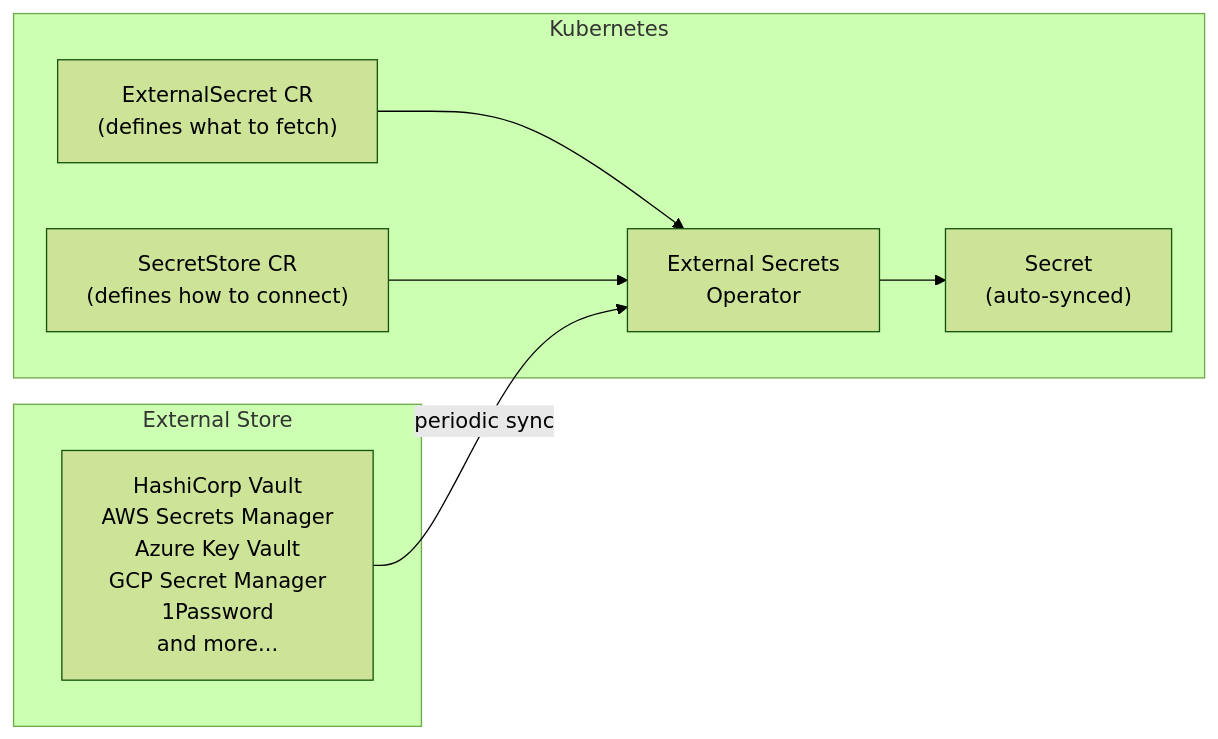
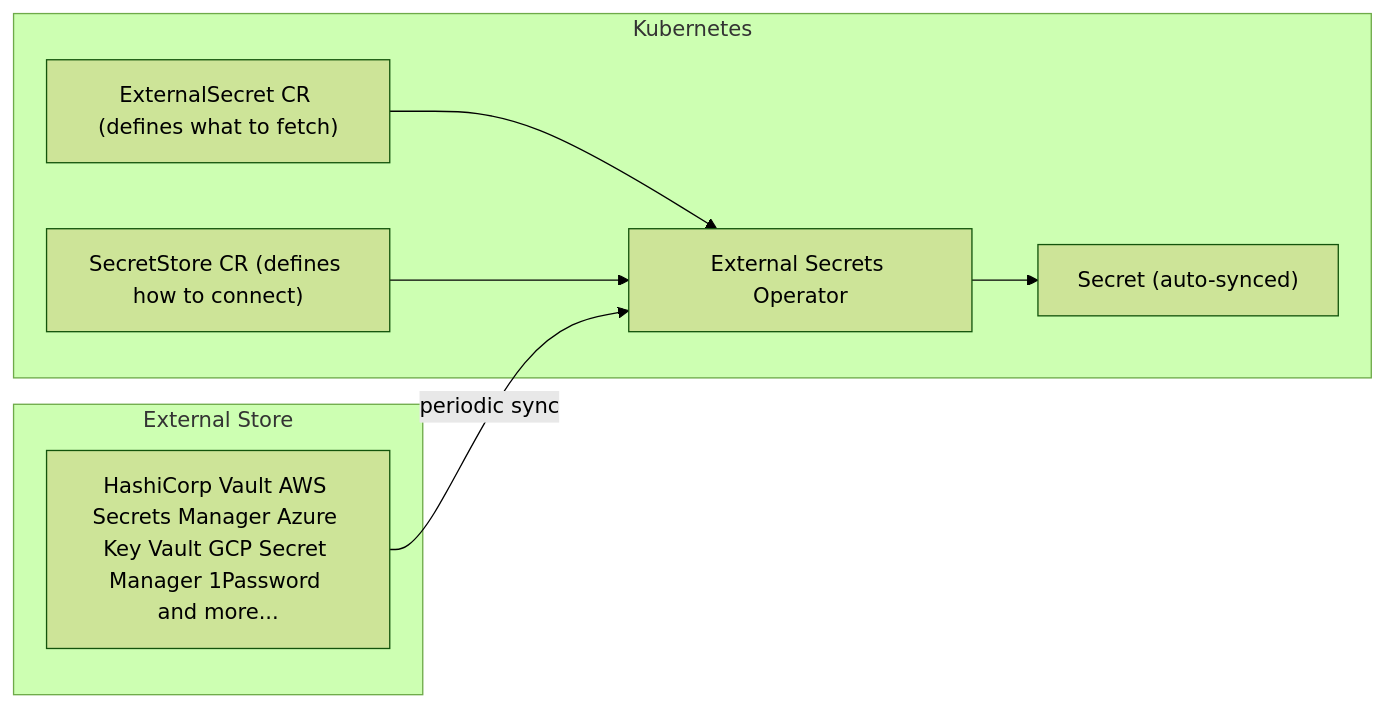
One commit to UncleJS/course_k3s changed the fifth of 6 diagrams in 09_security/04_secrets_management.md. Above: the diagram before and after it, drawn with Mermaid (forest theme). The commit also changed other lines of this file and 57 other files, not shown here.

````diff
--- a/09_security/04_secrets_management.md
+++ b/09_security/04_secrets_management.md
@@ -385,19 +385,19 @@
 ```mermaid
 flowchart LR
     subgraph "External Store"
-        VAULT[HashiCorp Vault\nAWS Secrets Manager\nAzure Key Vault\nGCP Secret Manager\n1Password\nand more...]
+        VAULT[HashiCorp Vault AWS Secrets Manager Azure Key Vault GCP Secret Manager 1Password and more...]
     end
 
     subgraph "Kubernetes"
-        ESO[External Secrets\nOperator]
-        ES["ExternalSecret CR\n(defines what to fetch)"]
-        SS["SecretStore CR\n(defines how to connect)"]
-        SECRET["Secret\n(auto-synced)"]
+        ESO[External Secrets Operator]
+        ES["ExternalSecret CR (defines what to fetch)"]
+        SS["SecretStore CR (defines how to connect)"]
+        SECRET["Secret (auto-synced)"]
 
         ES --> ESO
         SS --> ESO
         ESO --> SECRET
     end
 
     VAULT -->|periodic sync| ESO
 ```
````
